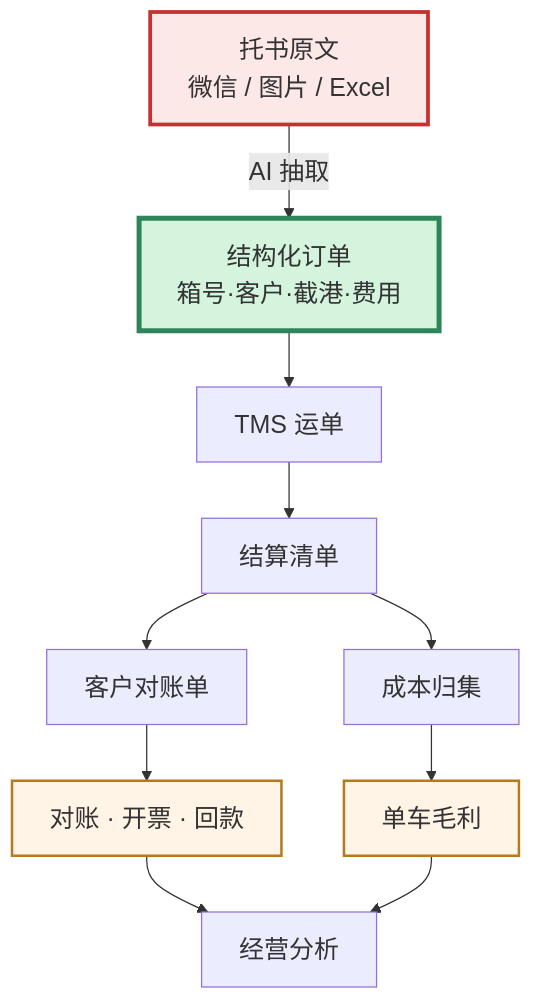
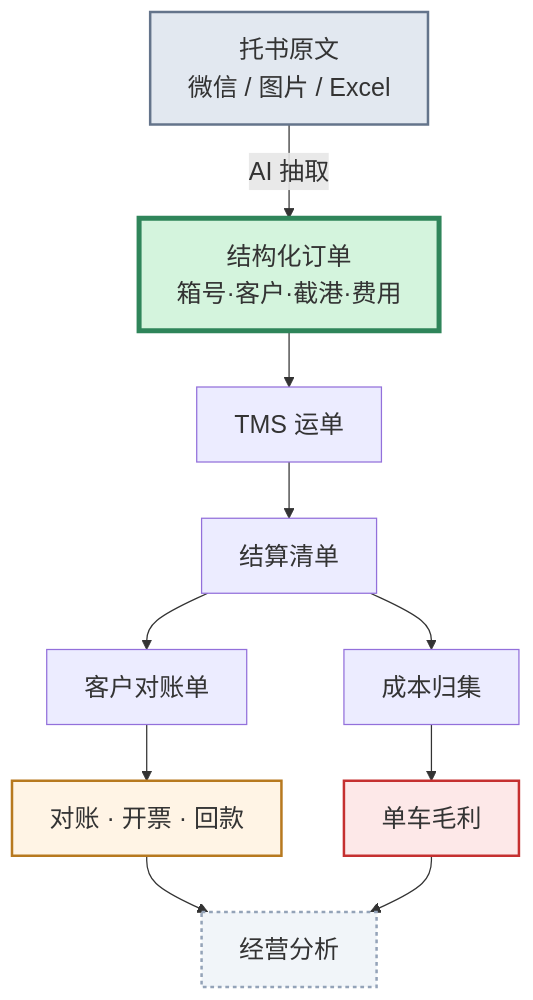
The fourth of 4 diagrams in 会客包/10_业务与财务流程图.md (roma007/Enterprise-AI), drawn with Mermaid before and after one commit. The commit also changed other lines of this file and 169 other files, not shown here.

````diff
--- a/会客包/10_业务与财务流程图.md
+++ b/会客包/10_业务与财务流程图.md
@@ -137,26 +170,30 @@
 ```mermaid
 %%{init: {"themeVariables": {"fontSize": "20px", "fontFamily": "-apple-system, \"PingFang SC\", sans-serif"}, "flowchart": {"useMaxWidth": false, "nodeSpacing": 50, "rankSpacing": 45, "wrappingWidth": 340, "htmlLabels": true}}}%%
 flowchart TB
   X1["托书原文<br/>微信 / 图片 / Excel"]
   X2["结构化订单<br/>箱号·客户·截港·费用"]
   X3["TMS 运单"]
   X4["结算清单"]
   X5["客户对账单"]
   X6["成本归集"]
   X7["对账 · 开票 · 回款"]
   X8["单车毛利"]
   X9["经营分析"]
 
   X1 -->|"AI 抽取"| X2
   X2 --> X3 --> X4
   X4 --> X5 --> X7 --> X9
   X4 --> X6 --> X8 --> X9
 
-  classDef src fill:#fde8e8,stroke:#c53030,stroke-width:3px
+  classDef src fill:#e2e8f0,stroke:#64748b,stroke-width:2px
   classDef core fill:#d4f4dd,stroke:#2f855a,stroke-width:4px
-  classDef down fill:#fff4e5,stroke:#b7791f,stroke-width:2px
+  classDef partial fill:#fff4e5,stroke:#b7791f,stroke-width:2px
+  classDef blocked fill:#fde8e8,stroke:#c53030,stroke-width:2px
+  classDef out fill:#f1f5f9,stroke:#94a3b8,stroke-width:2px,stroke-dasharray:3 3
 
   class X1 src
   class X2 core
-  class X7,X8 down
+  class X7 partial
+  class X8 blocked
+  class X9 out
 ```
````
